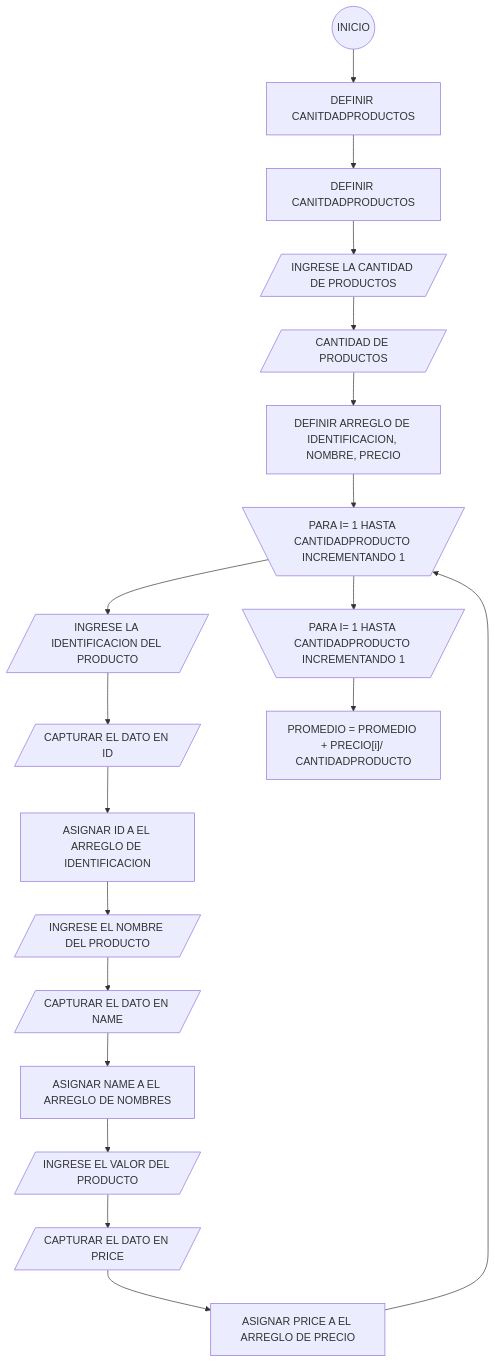
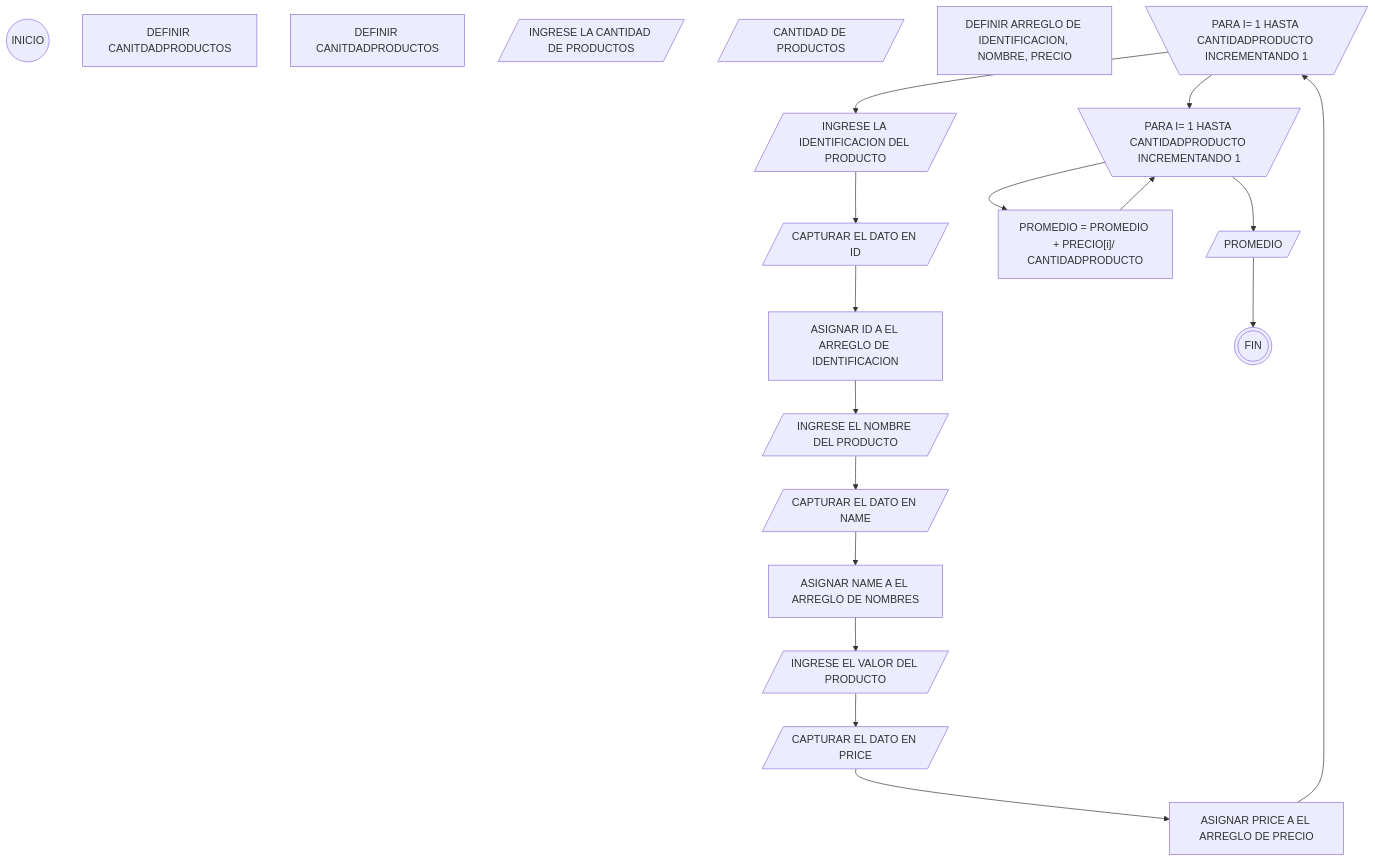
Before and after one commit to Deison12/Taller1.github.io: the diagram in README.MD, drawn with Mermaid.

````diff
--- a/README.MD
+++ b/README.MD
@@ -15,43 +15,43 @@
 ```mermaid
  flowchart TD
  A(("INICIO"))
  B[DEFINIR CANITDADPRODUCTOS]
  C[DEFINIR CANITDADPRODUCTOS]
  D[/INGRESE LA CANTIDAD DE PRODUCTOS/]
  E[/CANTIDAD DE PRODUCTOS/]
  F[DEFINIR ARREGLO DE IDENTIFICACION, NOMBRE, PRECIO]
  G[\PARA I= 1 HASTA CANTIDADPRODUCTO INCREMENTANDO 1/]
  H[/INGRESE LA IDENTIFICACION DEL PRODUCTO/]
  I[/CAPTURAR EL DATO EN ID/]
  J[ASIGNAR ID A EL ARREGLO DE IDENTIFICACION]
  K[/INGRESE EL NOMBRE DEL PRODUCTO/]
  L[/CAPTURAR EL DATO EN NAME/]
  Ñ[ASIGNAR NAME A EL ARREGLO DE NOMBRES]
  O[/INGRESE EL VALOR DEL PRODUCTO/]
  P[/CAPTURAR EL DATO EN PRICE/]
  Q[ASIGNAR PRICE A EL ARREGLO DE PRECIO]
  R[\PARA I= 1 HASTA CANTIDADPRODUCTO INCREMENTANDO 1/]
  S["PROMEDIO = PROMEDIO + PRECIO[i]/ CANTIDADPRODUCTO"]
-    A-->B;
-    B-->C;
-    C-->D;
-    D-->E;
-    E-->F;
-    F-->G;
+ T[/PROMEDIO/]
+ V(((FIN)))
     G-->H;
     H-->I;
     I-->J;
     J-->K;
     K-->L;
     L-->Ñ;
     Ñ-->O;
     O-->P;
     P-->Q;
     Q-->G;
     G-->R;
     R-->S;
+    S-->R;
+    R-->T;
+    T-->V;
+    
     
    
     
     
 ```
````
